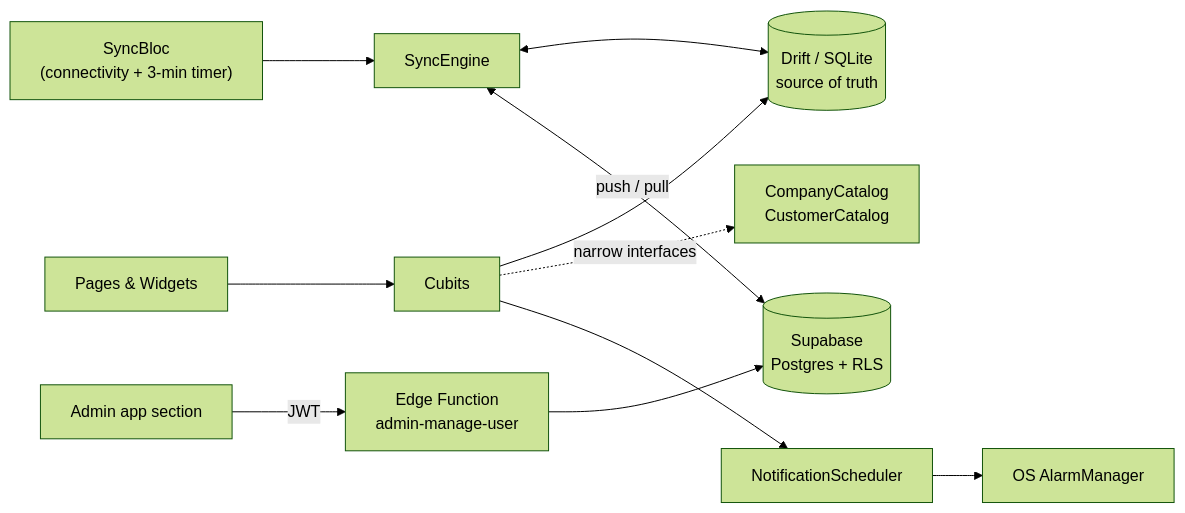
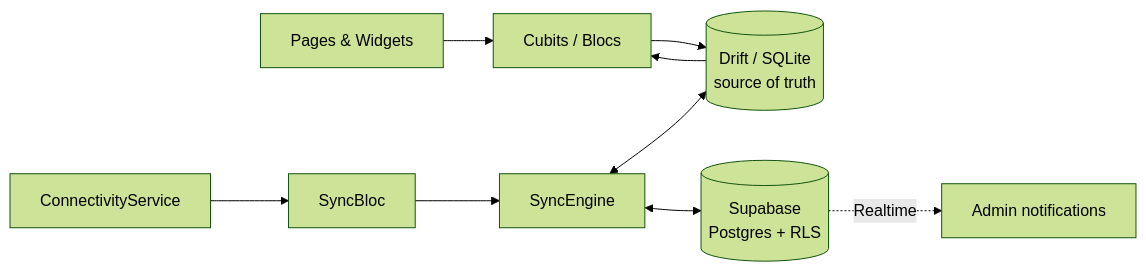
One commit to a7med2002/sim_sales_manager changed the diagram in README.md. Above: the diagram before and after it, drawn with Mermaid (forest theme). The commit also changed other lines of this file and 10 other files, not shown here.

````diff
--- a/README.md
+++ b/README.md
@@ -86,15 +68,11 @@
 ```mermaid
 flowchart LR
-    UI["Pages & Widgets"] --> C["Cubits"]
-    C --> DB[("Drift / SQLite<br/>source of truth")]
-    C -. "narrow interfaces" .-> CAT["CompanyCatalog<br/>CustomerCatalog"]
-
-    SB["SyncBloc<br/>(connectivity + 3-min timer)"] --> SE["SyncEngine"]
-    SE <--> DB
-    SE <-->|"push / pull"| SUP[("Supabase<br/>Postgres + RLS")]
-
-    C --> NS["NotificationScheduler"]
-    NS --> OS["OS AlarmManager"]
-    ADM["Admin app section"] -->|"JWT"| EF["Edge Function<br/>admin-manage-user"]
-    EF --> SUP
+    UI[Pages & Widgets] --> C[Cubits / Blocs]
+    C --> DB[(Drift / SQLite<br/>source of truth)]
+    DB --> C
+    SE[SyncEngine] <--> DB
+    SE <--> SB[(Supabase<br/>Postgres + RLS)]
+    SB -. Realtime .-> N[Admin notifications]
+    CS[ConnectivityService] --> SB2[SyncBloc]
+    SB2 --> SE
 ```
````
